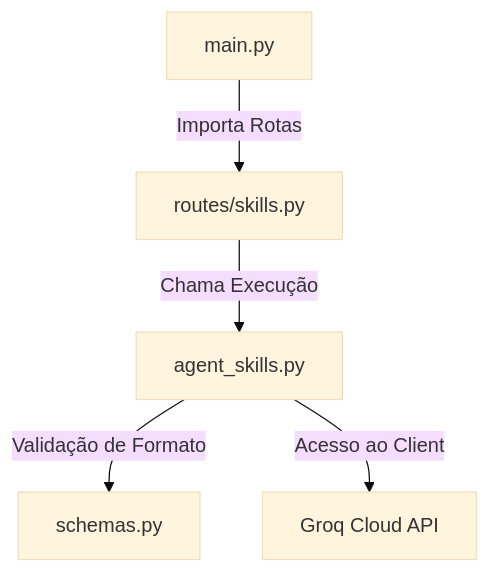
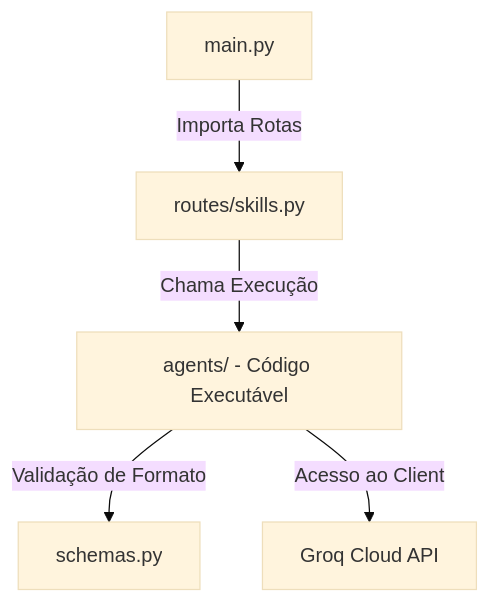
One commit to joseallangoncalves/django_fastapi changed the diagram in spec/03_agent_skills.md. Above: the diagram before and after it, drawn with Mermaid (base theme). The commit also changed other lines of this file and 41 other files, not shown here.

````diff
--- a/spec/03_agent_skills.md
+++ b/spec/03_agent_skills.md
@@ -82,7 +82,7 @@
 ```mermaid
-graph TD
-    API[main.py] -->|Importa Rotas| Routes[routes/skills.py]
-    Routes -->|Chama Execução| Skills[agent_skills.py]
+    graph TD
+        API[main.py] -->|Importa Rotas| Routes[routes/skills.py]
+        Routes -->|Chama Execução| Skills[agents/ - Código Executável]
     Skills -->|Validação de Formato| Schemas[schemas.py]
     Skills -->|Acesso ao Client| GroqClient[Groq Cloud API]
 ```
````
